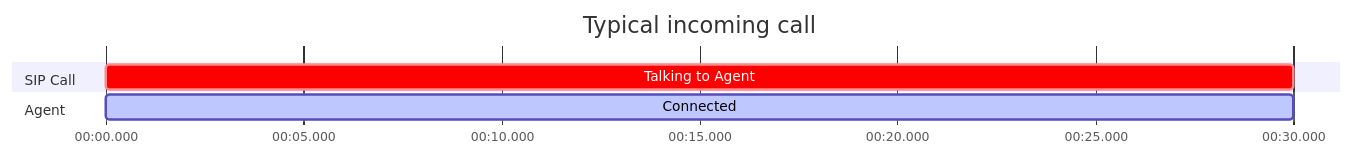
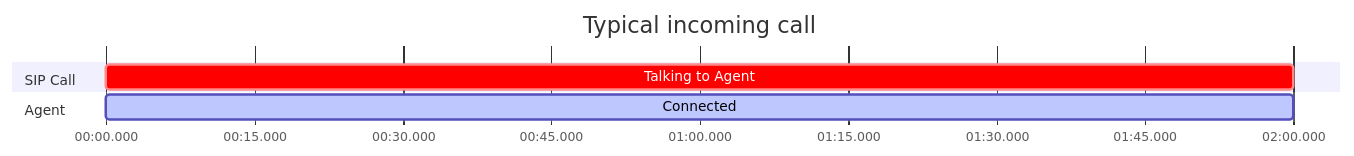
Before and after one commit to fixie-ai/ultradox: the second of 7 diagrams in telephony/sip.mdx, drawn with Mermaid. The commit also changed other lines of this file, not shown here.

````diff
--- a/telephony/sip.mdx
+++ b/telephony/sip.mdx
@@ -154,12 +154,12 @@
 ```mermaid
 gantt
     title Typical incoming call
     dateFormat x
     axisFormat %M:%S.%L
 
     section SIP Call
-    Talking to Agent           :crit, 0, 30000ms
+    Talking to Agent           :crit, 0, 120000ms
 
     section Agent
-    Connected         :active, 0, 30000ms
+    Connected         :active, 0, 120000ms
 ```
````
